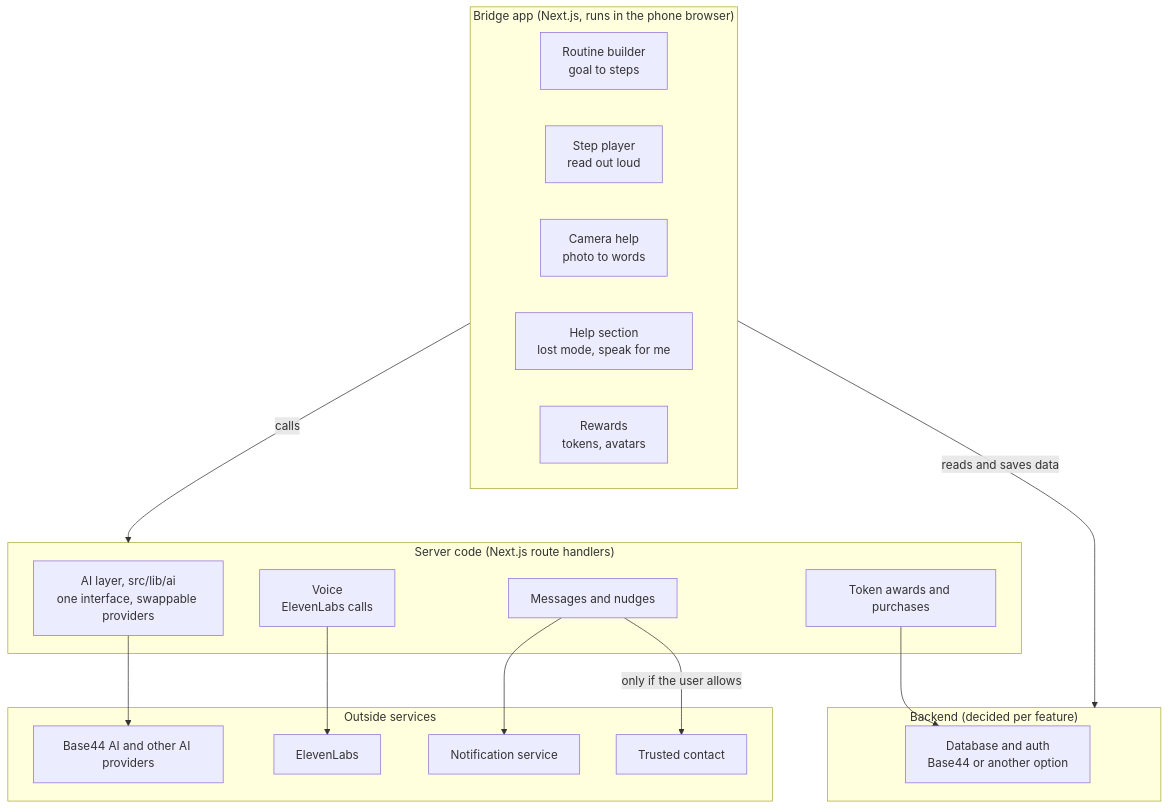
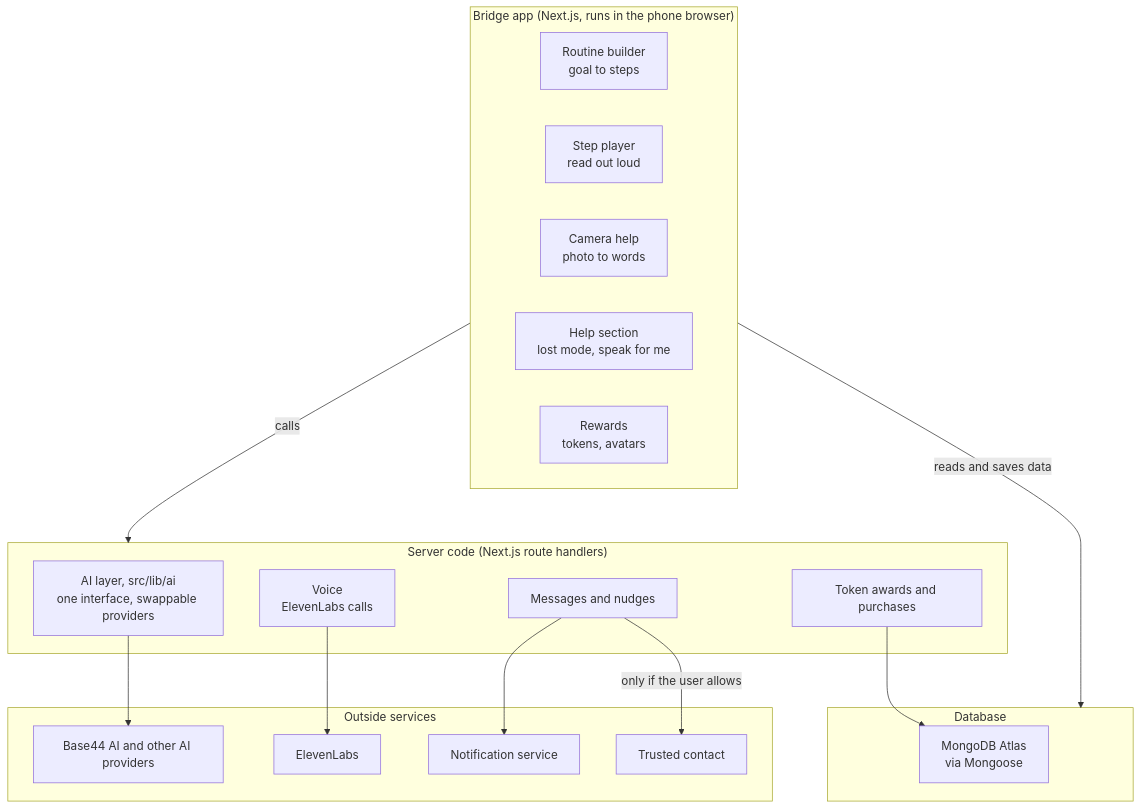
Before and after one commit to brandonb77706/hackthenest: the diagram in README.md, drawn with Mermaid. The commit also changed other lines of this file and 28 other files, not shown here.

First line of the commit message:
Add MongoDB data model with Mongoose

````diff
--- a/README.md
+++ b/README.md
@@ -42,32 +42,32 @@
 ```mermaid
 flowchart TB
     subgraph App["Bridge app (Next.js, runs in the phone browser)"]
         RB["Routine builder<br/>goal to steps"]
         SP["Step player<br/>read out loud"]
         CH["Camera help<br/>photo to words"]
         HS["Help section<br/>lost mode, speak for me"]
         RW["Rewards<br/>tokens, avatars"]
     end
     subgraph Server["Server code (Next.js route handlers)"]
         AIL["AI layer, src/lib/ai<br/>one interface, swappable providers"]
         VO["Voice<br/>ElevenLabs calls"]
         MS["Messages and nudges"]
         TK["Token awards and purchases"]
     end
-    subgraph Backend["Backend (decided per feature)"]
-        DB["Database and auth<br/>Base44 or another option"]
+    subgraph Backend["Database"]
+        DB["MongoDB Atlas<br/>via Mongoose"]
     end
     subgraph Outside["Outside services"]
         B44["Base44 AI and other AI providers"]
         EL["ElevenLabs"]
         NS["Notification service"]
         TC["Trusted contact"]
     end
     App -->|calls| Server
     App -->|reads and saves data| Backend
     TK --> DB
     AIL --> B44
     VO --> EL
     MS --> NS
     MS -->|only if the user allows| TC
 ```
````
